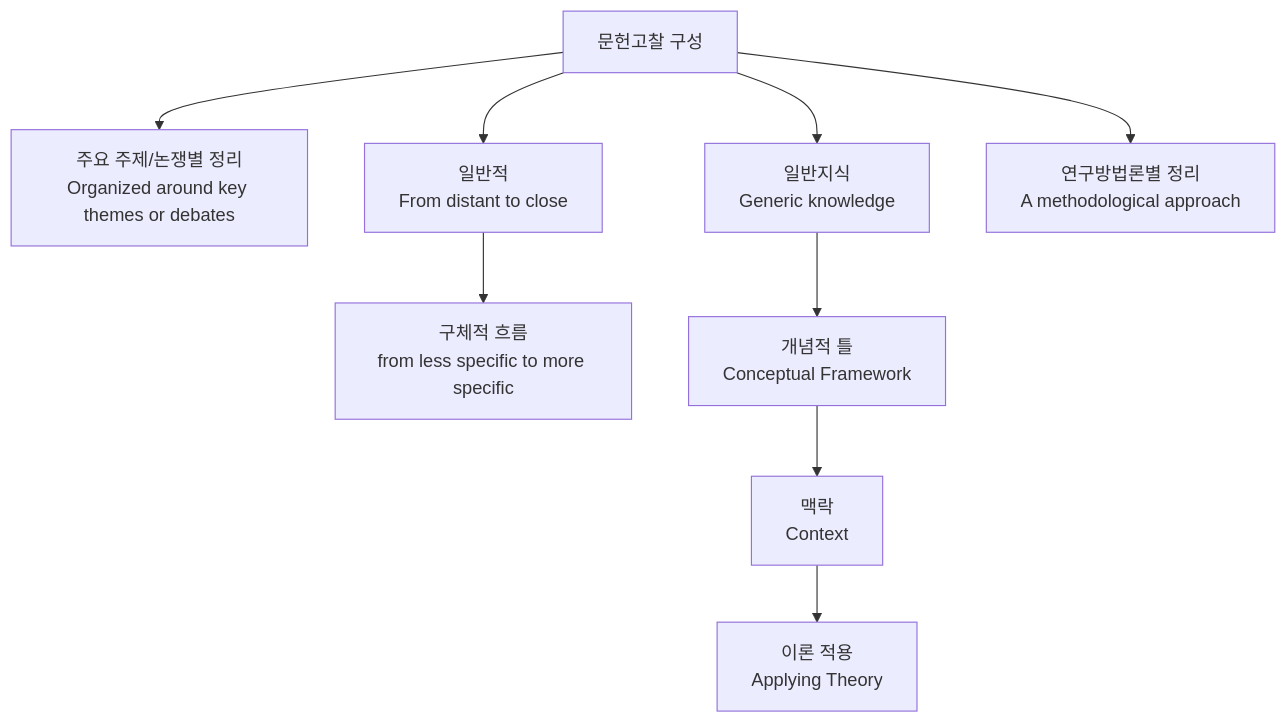
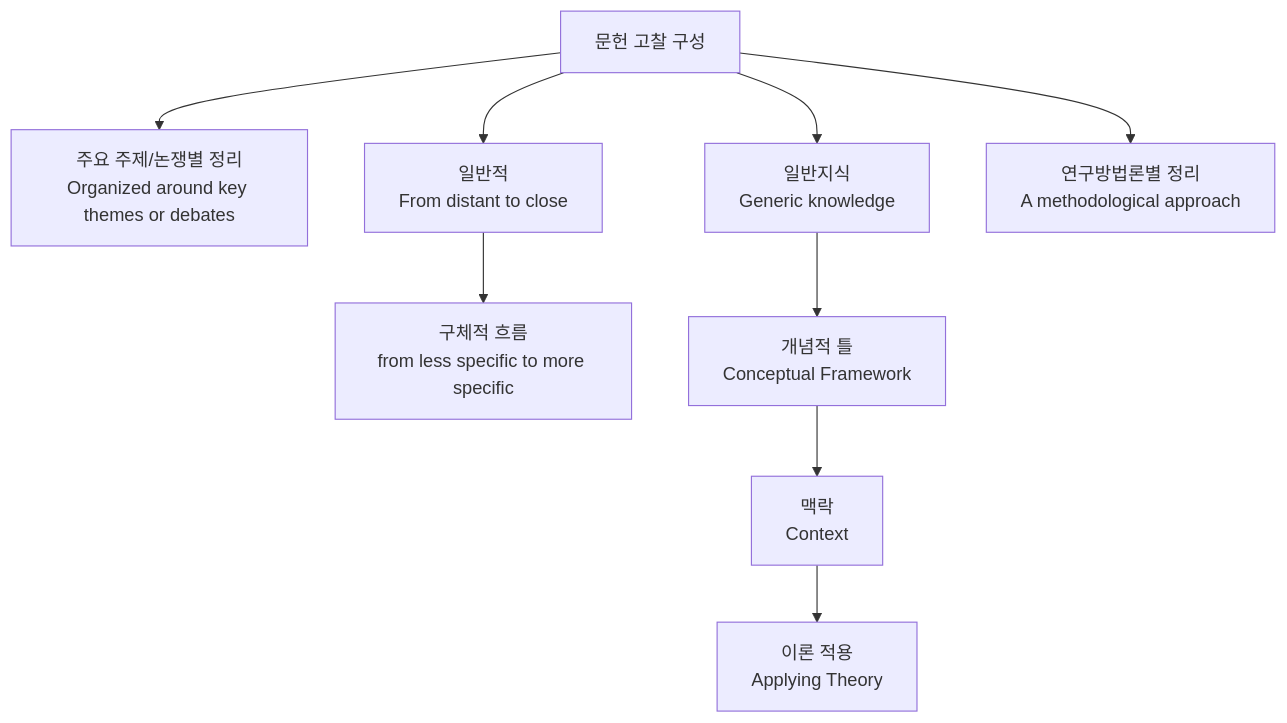
Before and after one commit to gracefullight/gracefullight.github.io: the diagram in blog/2025/07/31/literature-review.md, drawn with Mermaid. The commit also changed other lines of this file, not shown here.

````diff
--- a/blog/2025/07/31/literature-review.md
+++ b/blog/2025/07/31/literature-review.md
@@ -36,8 +36,8 @@
 ```mermaid
 graph TD
-    A[문헌고찰 구성] --> B1[주요 주제/논쟁별 정리<br/>Organized around key themes or debates]
+    A[문헌 고찰 구성] --> B1[주요 주제/논쟁별 정리<br/>Organized around key themes or debates]
     A --> B2[일반적<br/>From distant to close] --> 구체적[구체적 흐름<br/>from less specific to more specific]
     A --> B3[일반지식<br/>Generic knowledge] --> 개념적틀[개념적 틀<br/> Conceptual Framework] --> 맥락[맥락<br/>Context] --> 이론적용[이론 적용<br/>Applying Theory]
     A --> B4[연구방법론별 정리<br/>A methodological approach]
 
 ```
````
